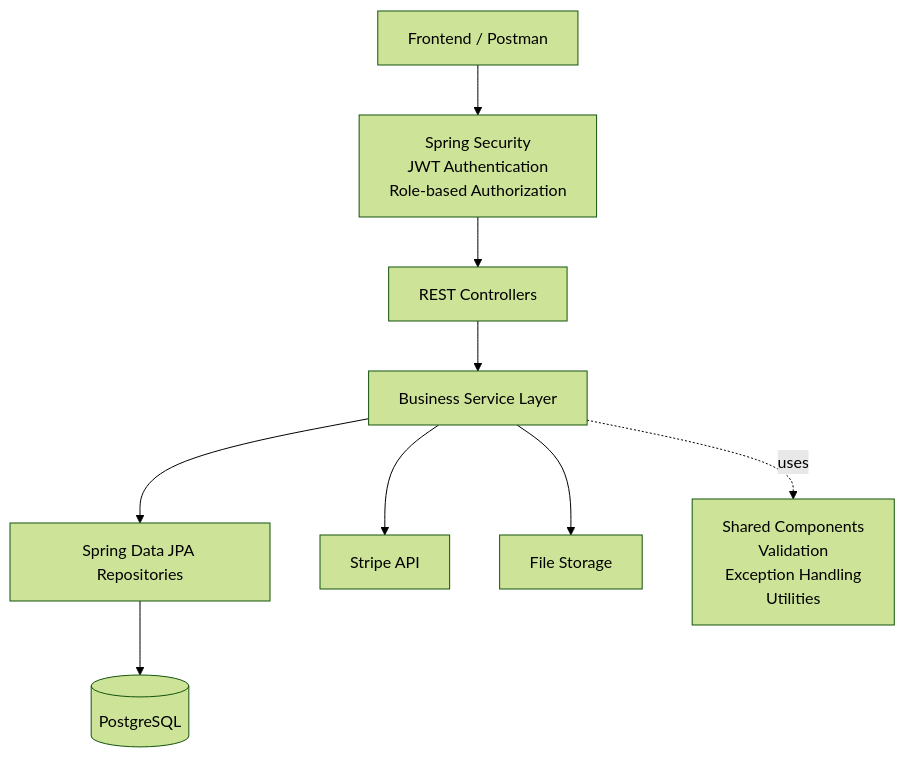
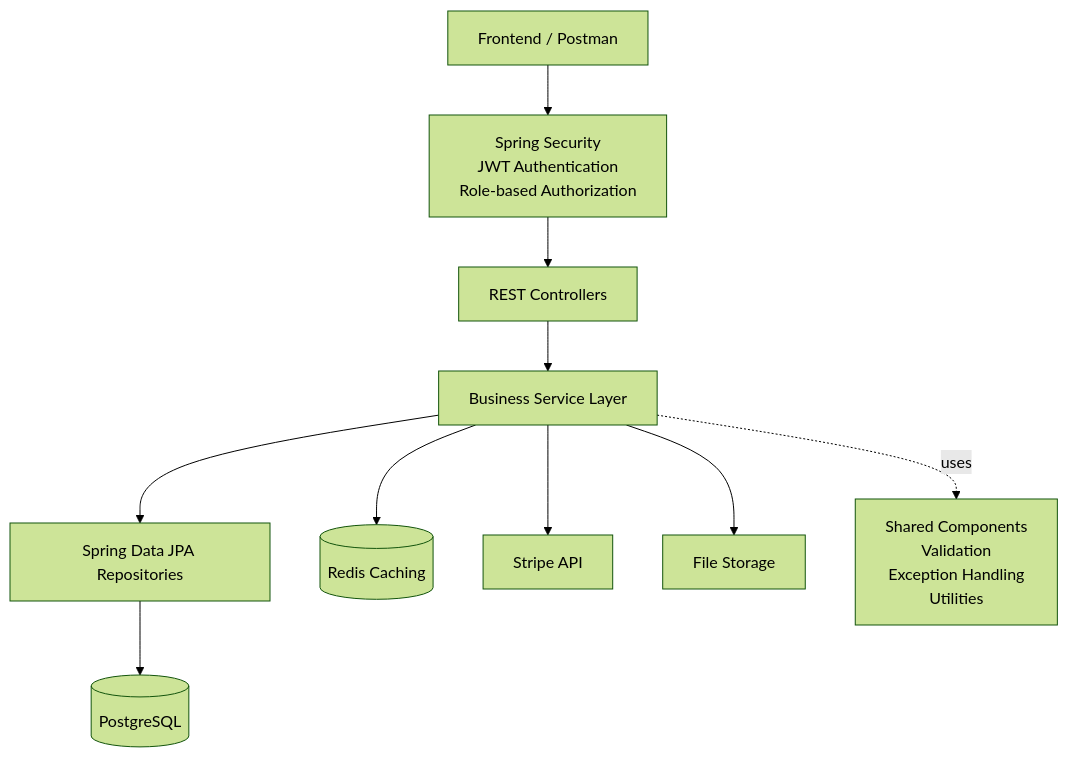
Before and after one commit to Dhanno98/Ecommerce-Backend: the first of 10 diagrams in README.md, drawn with Mermaid (forest theme). The commit also changed other lines of this file and 9 other files, not shown here.

````diff
--- a/README.md
+++ b/README.md
@@ -151,33 +154,36 @@
 ```mermaid
 flowchart TD
 
     Client["Frontend / Postman"]
 
     Security["Spring Security<br/>JWT Authentication<br/>Role-based Authorization"]
 
     Controller["REST Controllers"]
 
     Service["Business Service Layer"]
 
     Repository["Spring Data JPA Repositories"]
 
     Database[("PostgreSQL")]
 
+    Cache[("Redis Caching")]
+
     Stripe["Stripe API"]
 
     File["File Storage"]
 
     Shared["Shared Components<br/>Validation<br/>Exception Handling<br/>Utilities"]
 
     Client --> Security
     Security --> Controller
     Controller --> Service
 
     Service --> Repository
     Repository --> Database
 
+    Service --> Cache
     Service --> Stripe
     Service --> File
 
     Service -.uses.-> Shared
 ```
````
